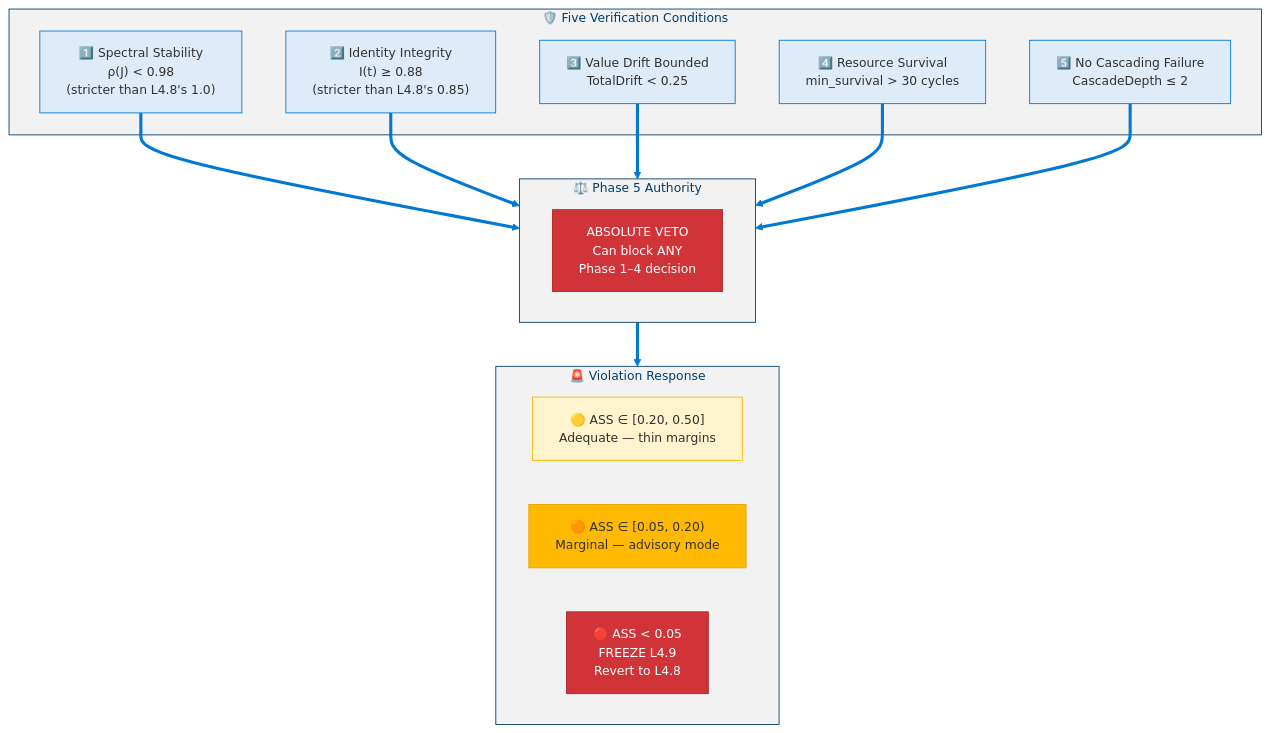
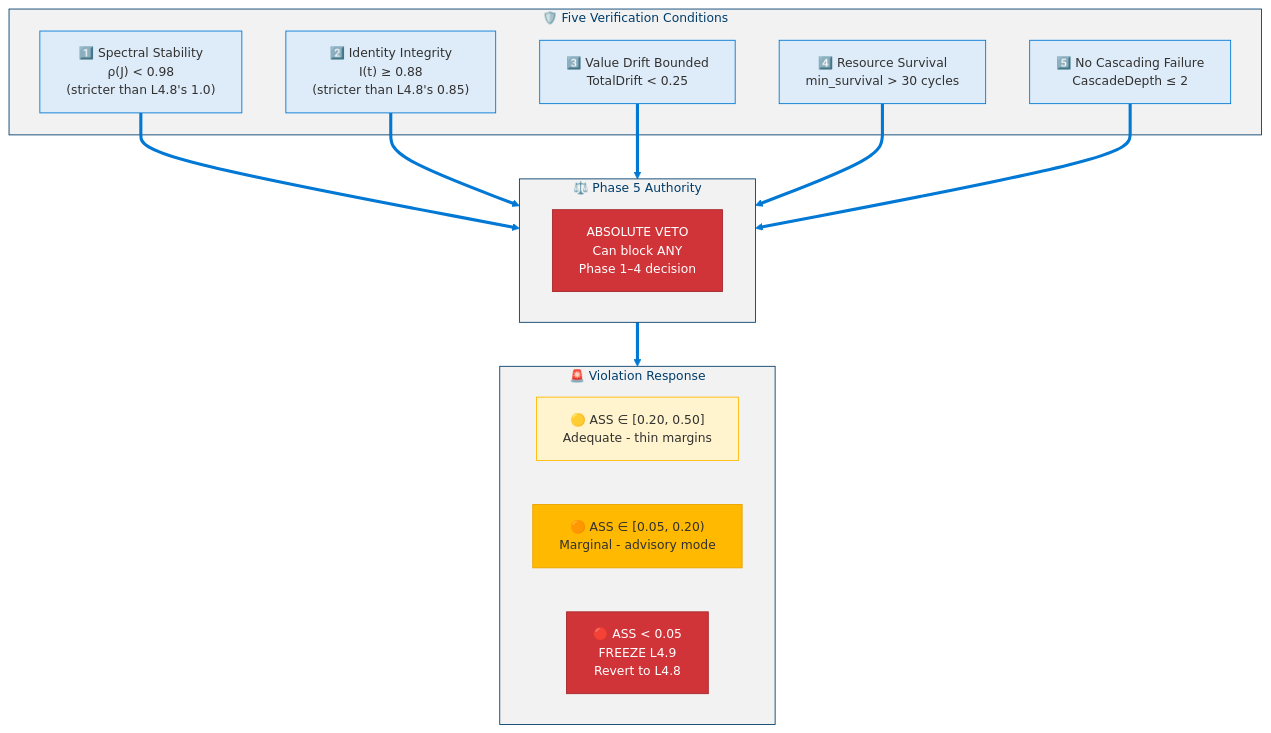
One commit to dotnetpower/mscp changed diagram 15 of 19 in docs/levels/Level_4_9_Autonomous_Strategic_Agent.md. Above: the diagram before and after it, drawn with Mermaid. The commit also changed other lines of this file and 26 other files, not shown here.

````diff
--- a/docs/levels/Level_4_9_Autonomous_Strategic_Agent.md
+++ b/docs/levels/Level_4_9_Autonomous_Strategic_Agent.md
@@ -730,34 +730,34 @@
 ```mermaid
 %%{init: {'theme': 'base', 'themeVariables': {'primaryColor': '#0078D4', 'primaryTextColor': '#003D6B', 'primaryBorderColor': '#003D6B', 'secondaryColor': '#50E6FF', 'secondaryTextColor': '#323130', 'secondaryBorderColor': '#00BCF2', 'tertiaryColor': '#F2F2F2', 'tertiaryTextColor': '#323130', 'lineColor': '#0078D4', 'textColor': '#323130', 'mainBkg': '#DEECF9', 'nodeBorder': '#0078D4', 'clusterBkg': '#F2F2F2', 'clusterBorder': '#003D6B', 'titleColor': '#003D6B', 'edgeLabelBackground': '#FFFFFF', 'fontSize': '14px'}}}%%
 flowchart TD
   classDef cond fill:#DEECF9,stroke:#0078D4,color:#323130
   classDef veto fill:#D13438,stroke:#A4262C,color:#FFF
   classDef sev1 fill:#FFF4CE,stroke:#FFB900,color:#323130
   classDef sev2 fill:#FFB900,stroke:#EAA300,color:#323130
   classDef sev3 fill:#D13438,stroke:#A4262C,color:#FFF
 
   subgraph Conditions["🛡️ Five Verification Conditions"]
     C1["1️⃣ Spectral Stability<br/>ρ(J) < 0.98<br/>(stricter than L4.8's 1.0)"]:::cond
     C2["2️⃣ Identity Integrity<br/>I(t) ≥ 0.88<br/>(stricter than L4.8's 0.85)"]:::cond
     C3["3️⃣ Value Drift Bounded<br/>TotalDrift < 0.25"]:::cond
     C4["4️⃣ Resource Survival<br/>min_survival > 30 cycles"]:::cond
     C5["5️⃣ No Cascading Failure<br/>CascadeDepth ≤ 2"]:::cond
   end
 
   subgraph Authority["⚖️ Phase 5 Authority"]
     VETO["ABSOLUTE VETO<br/>Can block ANY<br/>Phase 1–4 decision"]:::veto
   end
 
   subgraph Response["🚨 Violation Response"]
-    SEV1["🟡 ASS ∈ [0.20, 0.50]<br/>Adequate — thin margins"]:::sev1
-    SEV2["🟠 ASS ∈ [0.05, 0.20)<br/>Marginal — advisory mode"]:::sev2
+    SEV1["🟡 ASS ∈ [0.20, 0.50]<br/>Adequate - thin margins"]:::sev1
+    SEV2["🟠 ASS ∈ [0.05, 0.20)<br/>Marginal - advisory mode"]:::sev2
     SEV3["🔴 ASS < 0.05<br/>FREEZE L4.9<br/>Revert to L4.8"]:::sev3
   end
 
   C1 ==> Authority
   C2 ==> Authority
   C3 ==> Authority
   C4 ==> Authority
   C5 ==> Authority
   Authority ==> Response
 ```
````
